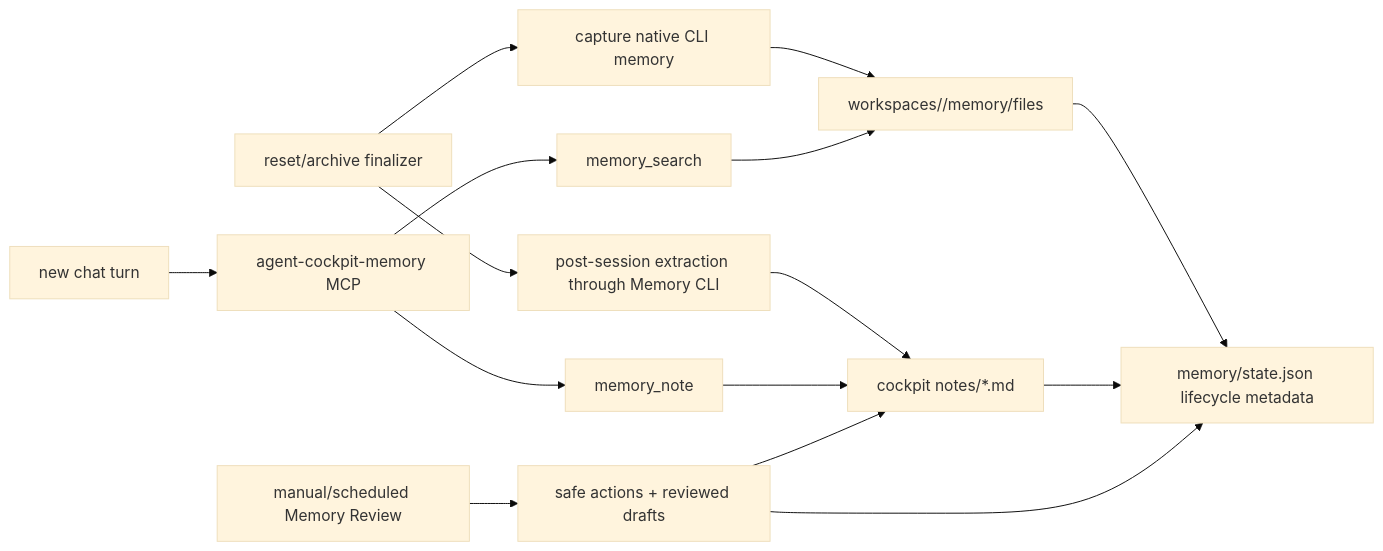
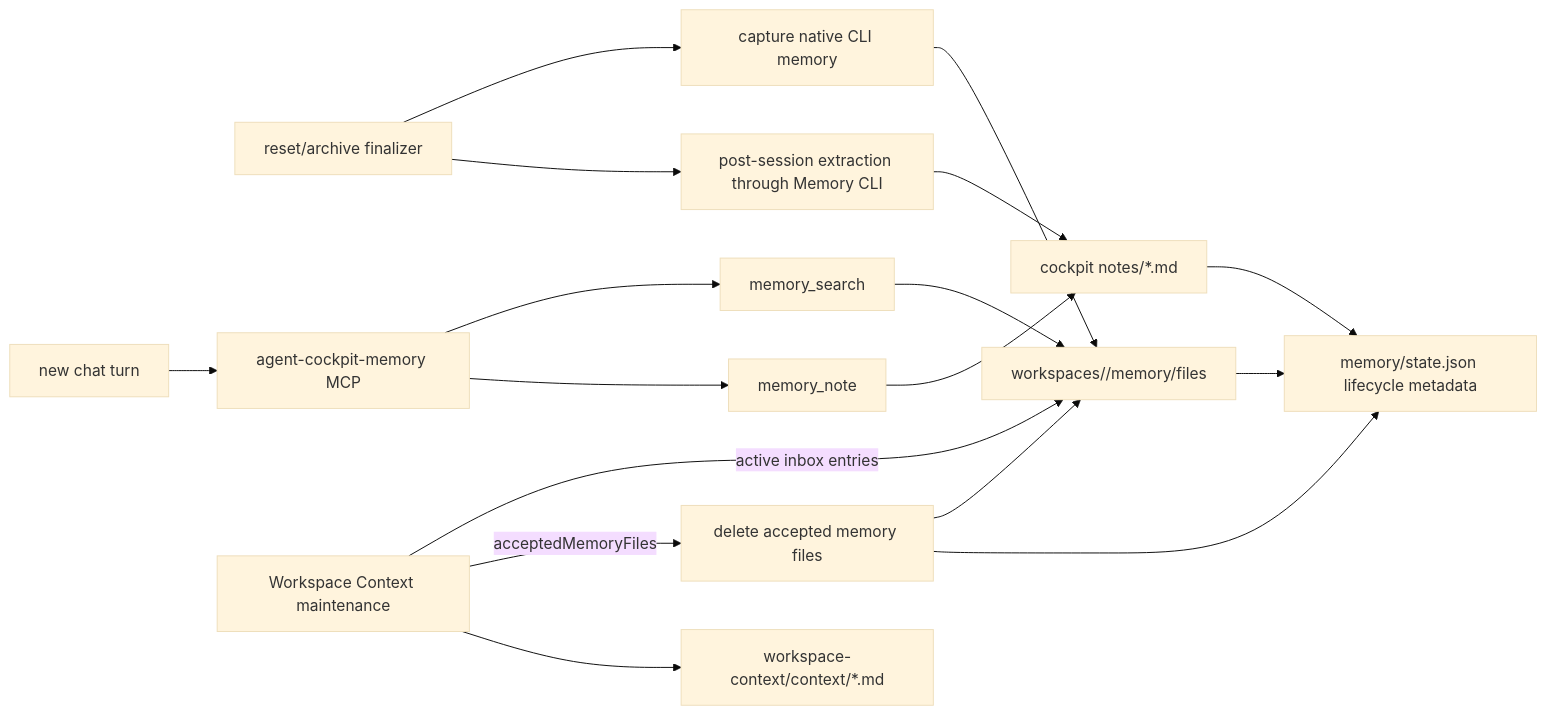
Before and after one commit to daronyondem/agent-cockpit: the fifth of 9 diagrams in docs/spec-coverage.md, drawn with Mermaid (base theme). The commit also changed other lines of this file and 45 other files, not shown here.

Commit message:
Make Workspace Context consume Memory inbox

````diff
--- a/docs/spec-coverage.md
+++ b/docs/spec-coverage.md
@@ -175,17 +174,19 @@
 ```mermaid
 flowchart LR
   SessionEnd["reset/archive finalizer"] --> Capture["capture native CLI memory"]
   Capture --> Files["workspaces/<storageKey>/memory/files"]
   Files --> State["memory/state.json lifecycle metadata"]
   SessionEnd --> Extract["post-session extraction through Memory CLI"]
   Extract --> Notes["cockpit notes/*.md"]
   Notes --> State
   ChatTurn["new chat turn"] --> MCP["agent-cockpit-memory MCP"]
   MCP --> Search["memory_search"]
   MCP --> Write["memory_note"]
   Search --> Files
   Write --> Notes
-  Review["manual/scheduled Memory Review"] --> Drafts["safe actions + reviewed drafts"]
-  Drafts --> State
-  Drafts --> Notes
+  WCMaint["Workspace Context maintenance"] -->|active inbox entries| Files
+  WCMaint -->|acceptedMemoryFiles| Delete["delete accepted memory files"]
+  Delete --> Files
+  Delete --> State
+  WCMaint --> WCContext["workspace-context/context/*.md"]
 ```
````
